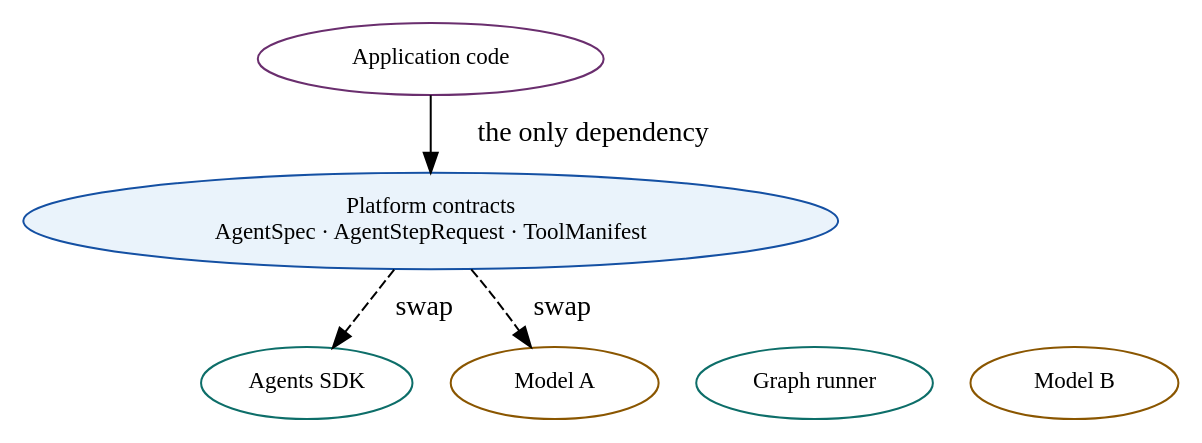
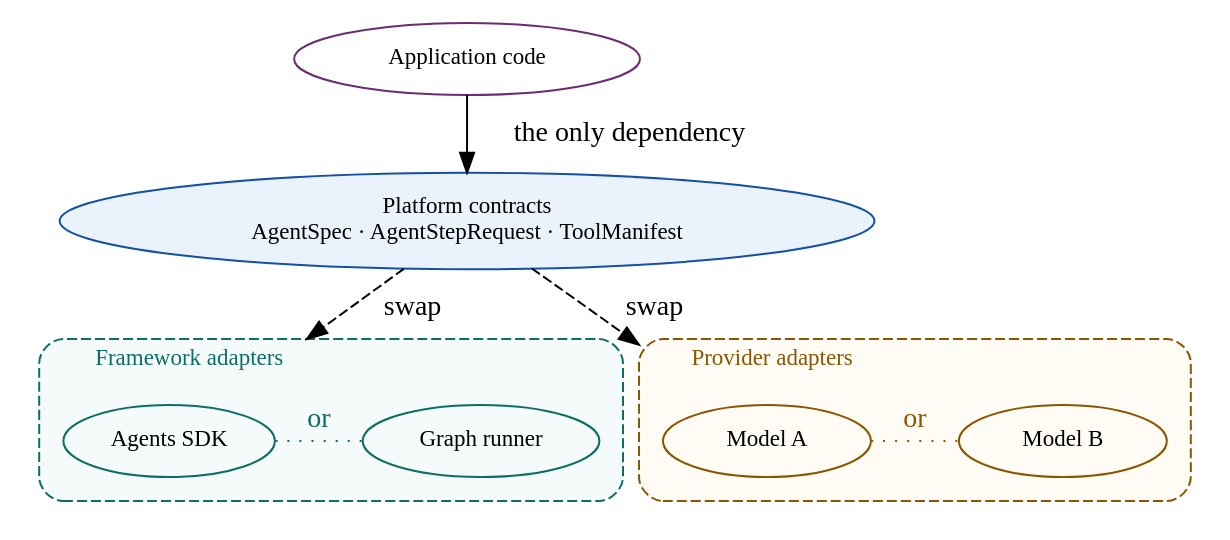
Before and after one commit to rrahimi-uci/building-enterprise-general-intelligence: the diagram in assets/diagrams/src/portability.gv, drawn with Graphviz. The commit also changed 84 other files, not shown here.

First line of the commit message:
Fix print-scale figure, cover, and table layout defects (pass 2, P2-C)

```diff
--- a/assets/diagrams/src/portability.gv
+++ b/assets/diagrams/src/portability.gv
@@ -1,31 +1,34 @@
 // Figure 7-2 — Platform contracts with replaceable framework and provider adapters.
 // Message: the contracts are the asset. Frameworks and providers sit behind
 // adapters, so replacing one is an adapter change, not a rewrite.
 digraph portability {
   rankdir = TB
-  graph [ranksep=0.34, nodesep=0.26]
+  graph [ranksep=0.34, nodesep=0.26, compound=true]
   node [width=1.45, fontsize=11.5]
 
   app [label="Application code", fillcolor="#F7ECF8", color="#6A2E6E", width=2.4]
   contracts [label="Platform contracts\nAgentSpec · AgentStepRequest · ToolManifest",
              fillcolor="#EAF3FB", color="#1450A3", style=filled, width=3.2]
 
   subgraph cluster_frameworks {
     label="  Framework adapters  "; labeljust="l"; fontsize=11.5; fontcolor="#0D6E69"
     color="#0D6E69"; style="rounded,dashed"; margin=12; bgcolor="#F4FBFA"
     f1 [label="Agents SDK", fillcolor="#E7F5F3", color="#0D6E69"]
     f2 [label="Graph runner", fillcolor="#E7F5F3", color="#0D6E69"]
+    { rank=same; f1 -> f2 [label=" or ", style=dotted, arrowhead=none, color="#0D6E69", fontcolor="#0D6E69"] }
   }
   subgraph cluster_providers {
     label="  Provider adapters  "; labeljust="l"; fontsize=11.5; fontcolor="#8A5600"
     color="#8A5600"; style="rounded,dashed"; margin=12; bgcolor="#FFFCF5"
     p1 [label="Model A", fillcolor="#FFF4DF", color="#8A5600"]
     p2 [label="Model B", fillcolor="#FFF4DF", color="#8A5600"]
+    { rank=same; p1 -> p2 [label=" or ", style=dotted, arrowhead=none, color="#8A5600", fontcolor="#8A5600"] }
   }
 
   app -> contracts [label="  the only dependency  "]
-  contracts -> f1 [label="  swap  ", style=dashed]
-  contracts -> p1 [label="  swap  ", style=dashed]
-  { rank=same; f1; f2 }
-  { rank=same; p1; p2 }
+  // The edges land on the cluster, not one member: either adapter in it can
+  // sit behind the contract. A rank=same set outside the clusters made dot
+  // delete both clusters, which left two unexplained, unconnected boxes.
+  contracts -> f1 [label="  swap  ", style=dashed, lhead=cluster_frameworks]
+  contracts -> p1 [label="  swap  ", style=dashed, lhead=cluster_providers]
 }
```
